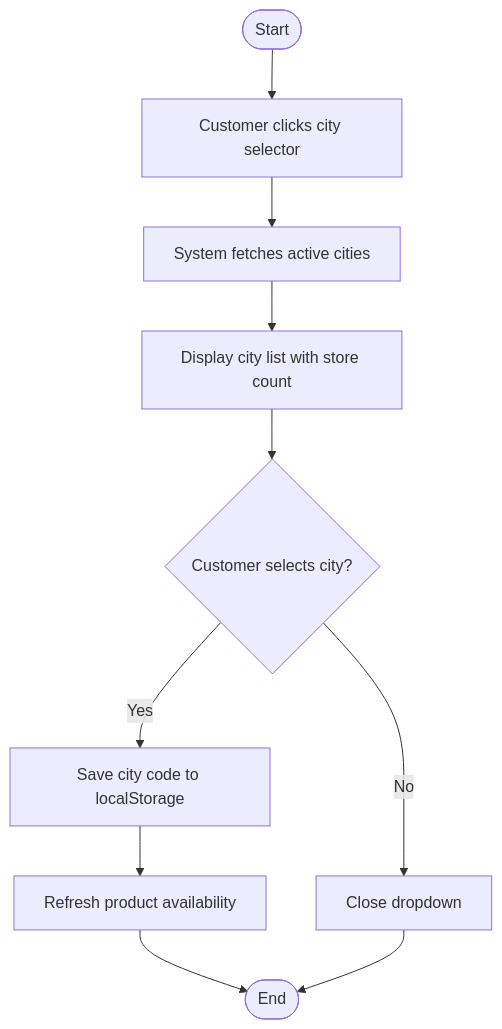
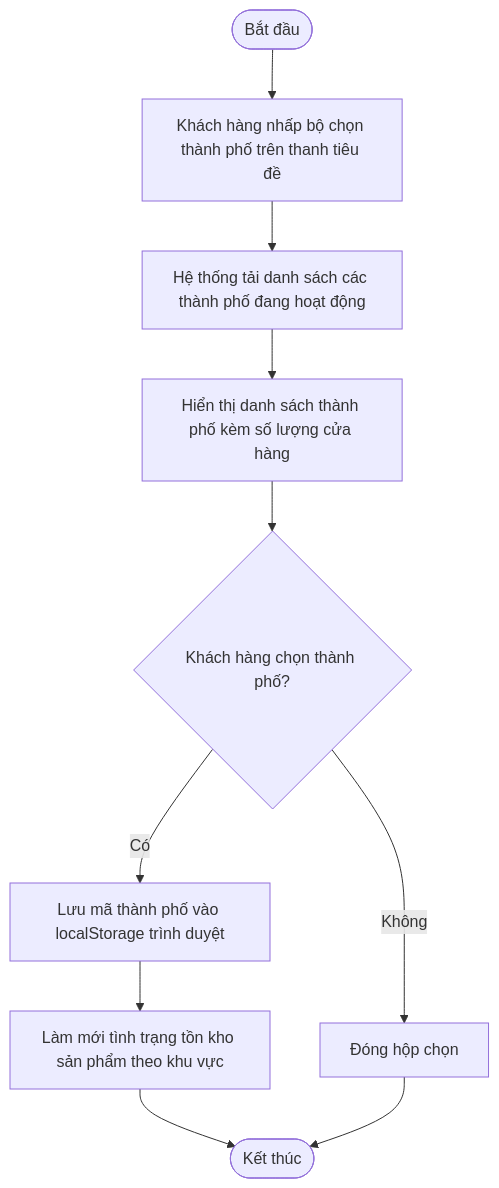
One commit to DanhTrannn/TLCN changed diagram 18 of 57 in docs/design-analysis/OOSAD_ANALYSIS.md. Above: the diagram before and after it, drawn with Mermaid. The commit also changed other lines of this file, not shown here.

````diff
--- a/docs/design-analysis/OOSAD_ANALYSIS.md
+++ b/docs/design-analysis/OOSAD_ANALYSIS.md
@@ -1100,12 +1102,12 @@
 ```mermaid
 flowchart TD
-    Start([Start]) --> A[Customer clicks city selector]
-    A --> B[System fetches active cities]
-    B --> C[Display city list with store count]
-    C --> D{Customer selects city?}
-    D -->|Yes| E[Save city code to localStorage]
-    E --> F[Refresh product availability]
-    F --> End([End])
-    D -->|No| G[Close dropdown]
+    Start([Bắt đầu]) --> A[Khách hàng nhấp bộ chọn thành phố trên thanh tiêu đề]
+    A --> B[Hệ thống tải danh sách các thành phố đang hoạt động]
+    B --> C[Hiển thị danh sách thành phố kèm số lượng cửa hàng]
+    C --> D{Khách hàng chọn thành phố?}
+    D -->|Có| E[Lưu mã thành phố vào localStorage trình duyệt]
+    E --> F[Làm mới tình trạng tồn kho sản phẩm theo khu vực]
+    F --> End([Kết thúc])
+    D -->|Không| G[Đóng hộp chọn]
     G --> End
 ```
````
